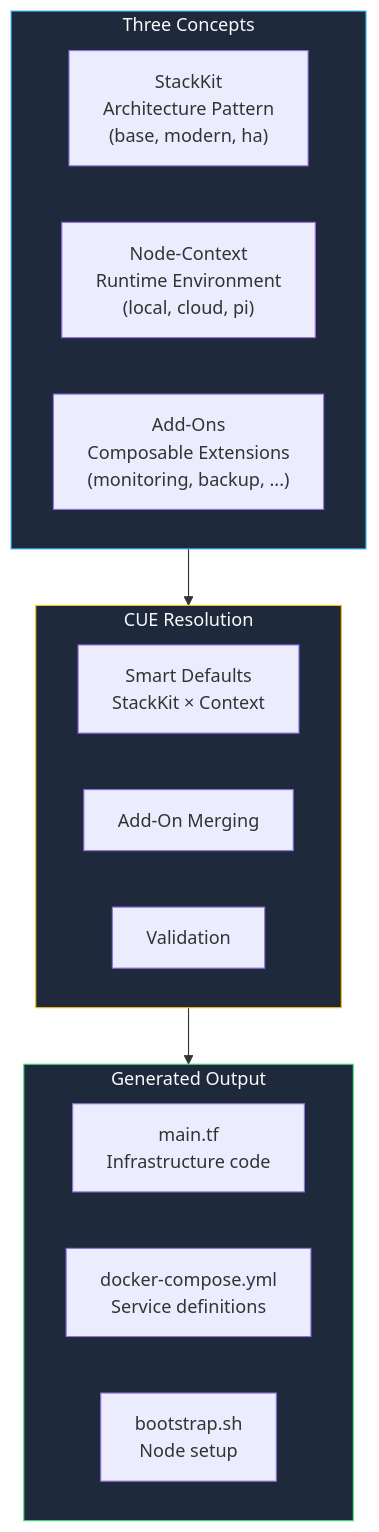
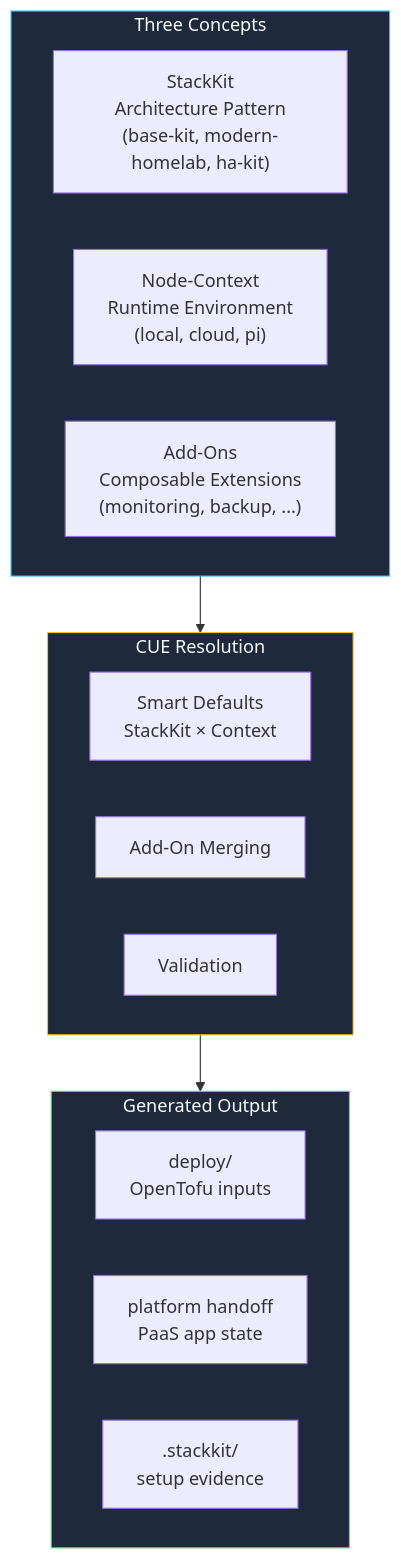
One commit to KombiverseLabs/mintlify-docs changed the first of 2 diagrams in stackkits/overview.mdx. Above: the diagram before and after it, drawn with Mermaid. The commit also changed other lines of this file and 29 other files, not shown here.

````diff
--- a/stackkits/overview.mdx
+++ b/stackkits/overview.mdx
@@ -14,26 +14,26 @@
 ```mermaid
 graph TB
     subgraph Concepts["Three Concepts"]
-        SK["StackKit<br/>Architecture Pattern<br/>(base, modern, ha)"]
+        SK["StackKit<br/>Architecture Pattern<br/>(base-kit, modern-homelab, ha-kit)"]
         CTX["Node-Context<br/>Runtime Environment<br/>(local, cloud, pi)"]
         AO["Add-Ons<br/>Composable Extensions<br/>(monitoring, backup, ...)"]
     end
 
     subgraph Resolution["CUE Resolution"]
         CUE["Smart Defaults<br/>StackKit × Context"]
         Merge["Add-On Merging"]
         Valid["Validation"]
     end
 
     subgraph Output["Generated Output"]
-        TF["main.tf<br/>Infrastructure code"]
-        Compose["docker-compose.yml<br/>Service definitions"]
-        Bootstrap["bootstrap.sh<br/>Node setup"]
+        TF["deploy/<br/>OpenTofu inputs"]
+        Compose["platform handoff<br/>PaaS app state"]
+        Bootstrap[".stackkit/<br/>setup evidence"]
     end
 
     Concepts --> Resolution --> Output
 
     style Concepts fill:#1e293b,stroke:#38bdf8,color:#f8fafc
     style Resolution fill:#1e293b,stroke:#fbbf24,color:#f8fafc
     style Output fill:#1e293b,stroke:#4ade80,color:#f8fafc
 ```
````
